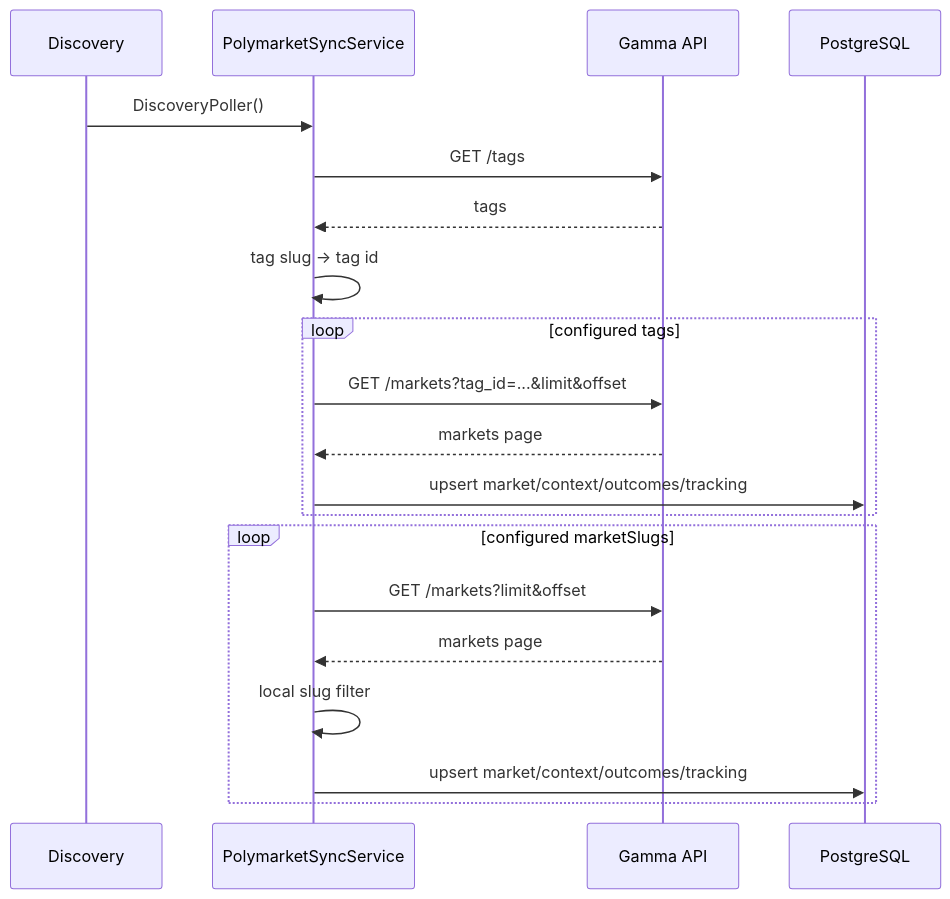
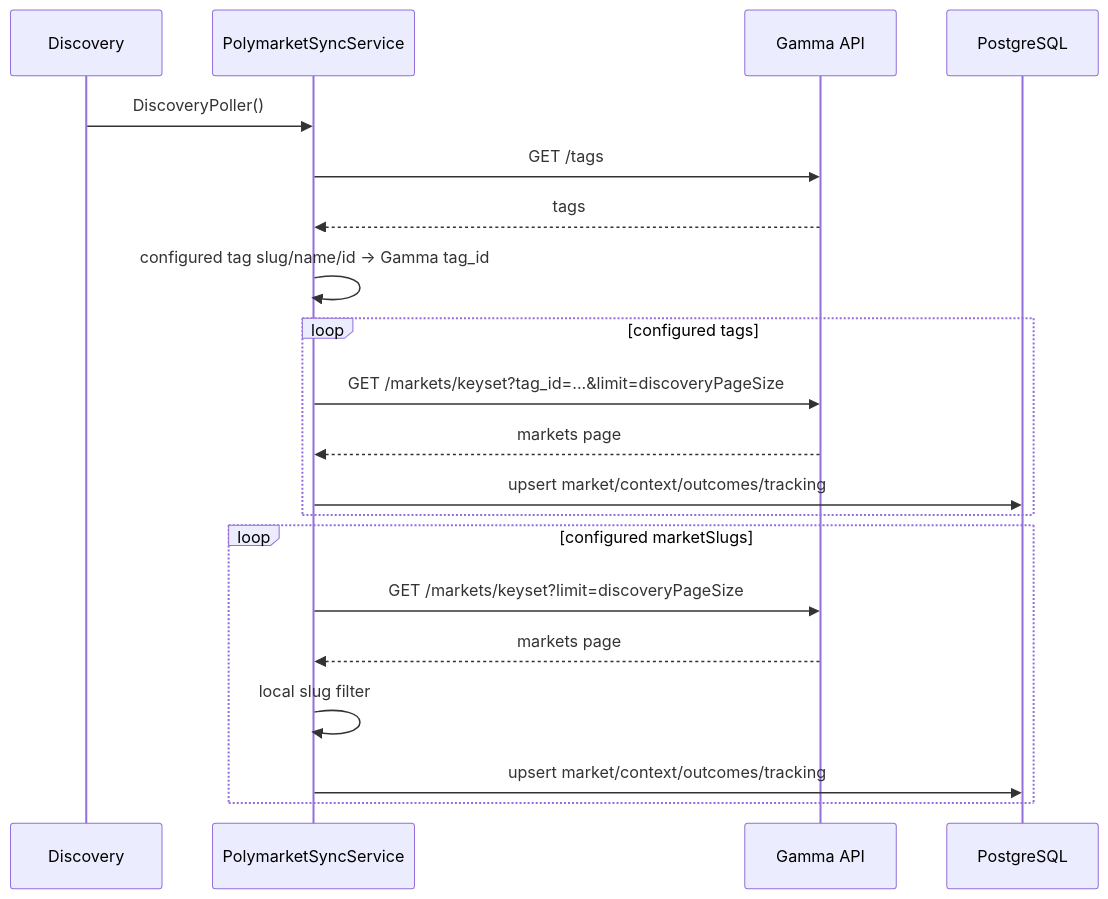
One commit to maoshuo1988/turtlepoll changed the third of 10 diagrams in prompt/project/Polymarket预测市场/07-自动结算流程图.md. Above: the diagram before and after it, drawn with Mermaid. The commit also changed 13 other files, not shown here.

````diff
--- a/prompt/project/Polymarket预测市场/07-自动结算流程图.md
+++ b/prompt/project/Polymarket预测市场/07-自动结算流程图.md
@@ -81,23 +81,23 @@
 ```mermaid
 sequenceDiagram
   participant Cron as Discovery
   participant Sync as PolymarketSyncService
   participant Gamma as Gamma API
   participant DB as PostgreSQL
 
   Cron->>Sync: DiscoveryPoller()
   Sync->>Gamma: GET /tags
   Gamma-->>Sync: tags
-  Sync->>Sync: tag slug -> tag id
+  Sync->>Sync: configured tag slug/name/id -> Gamma tag_id
   loop configured tags
-    Sync->>Gamma: GET /markets?tag_id=...&limit&offset
+    Sync->>Gamma: GET /markets/keyset?tag_id=...&limit=discoveryPageSize
     Gamma-->>Sync: markets page
     Sync->>DB: upsert market/context/outcomes/tracking
   end
   loop configured marketSlugs
-    Sync->>Gamma: GET /markets?limit&offset
+    Sync->>Gamma: GET /markets/keyset?limit=discoveryPageSize
     Gamma-->>Sync: markets page
     Sync->>Sync: local slug filter
     Sync->>DB: upsert market/context/outcomes/tracking
   end
 ```
````
